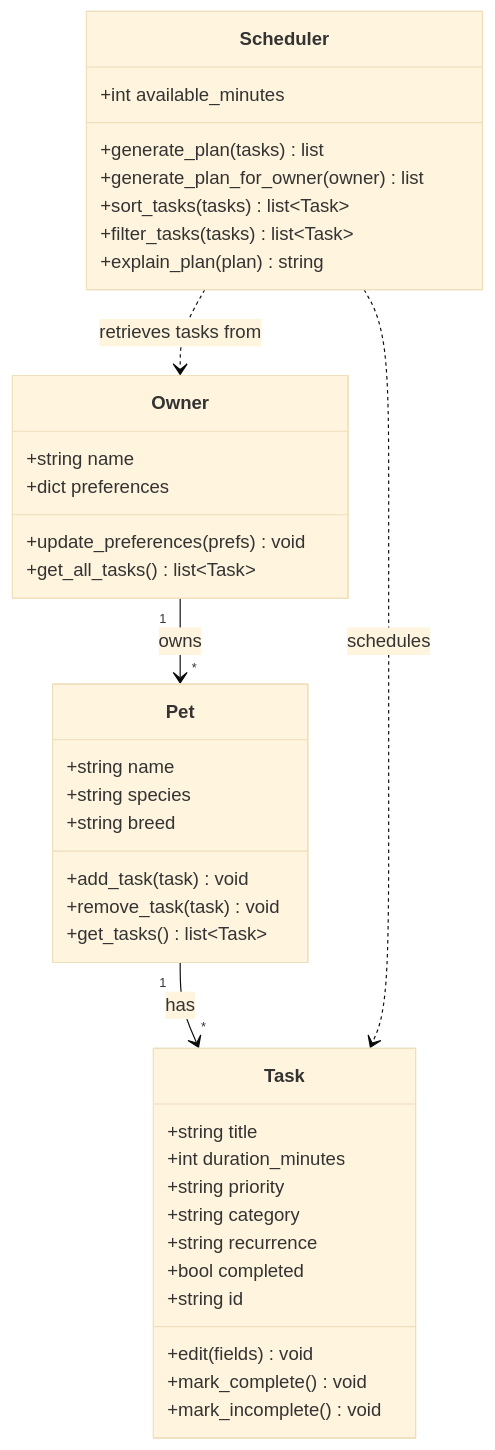
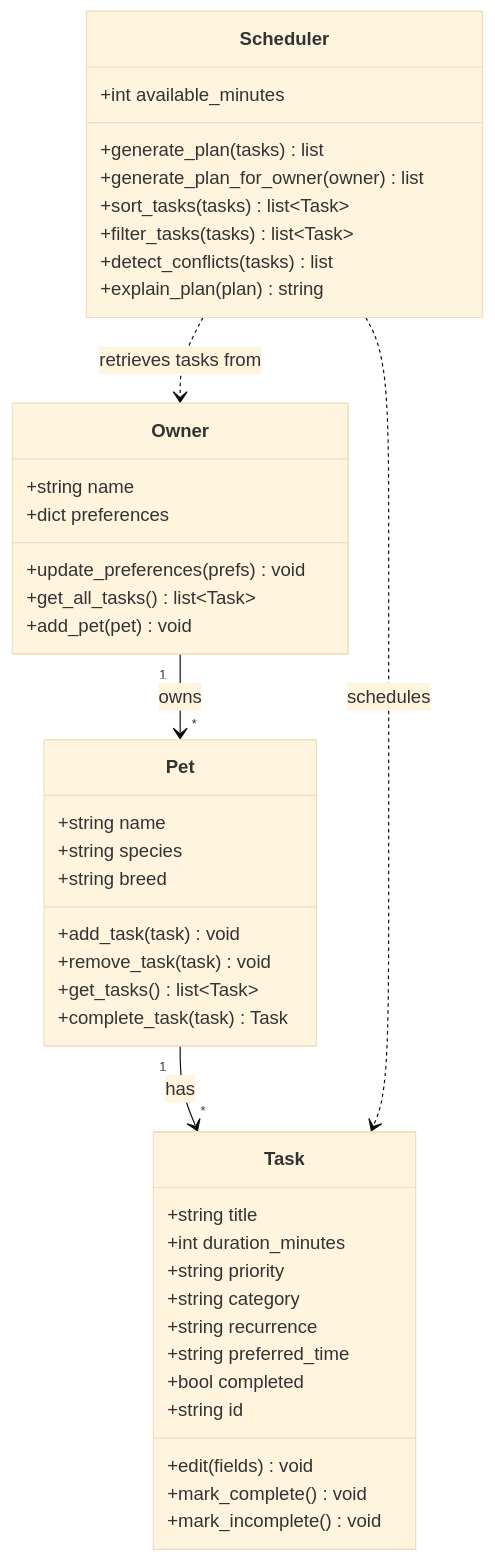
One commit to Nafissah33/AI-PawPal-pet-app changed the diagram in diagrams/uml.mmd. Above: the diagram before and after it, drawn with Mermaid (base theme). The commit also changed 5 other files, not shown here.

```diff
--- a/diagrams/uml.mmd
+++ b/diagrams/uml.mmd
@@ -1,43 +1,47 @@
 classDiagram
     class Owner {
         +string name
         +dict preferences
         +update_preferences(prefs) void
         +get_all_tasks() list~Task~
+        +add_pet(pet) void
     }
 
     class Pet {
         +string name
         +string species
         +string breed
         +add_task(task) void
         +remove_task(task) void
         +get_tasks() list~Task~
+        +complete_task(task) Task
     }
 
     class Task {
         +string title
         +int duration_minutes
         +string priority
         +string category
         +string recurrence
+        +string preferred_time
         +bool completed
         +string id
         +edit(fields) void
         +mark_complete() void
         +mark_incomplete() void
     }
 
     class Scheduler {
         +int available_minutes
         +generate_plan(tasks) list
         +generate_plan_for_owner(owner) list
         +sort_tasks(tasks) list~Task~
         +filter_tasks(tasks) list~Task~
+        +detect_conflicts(tasks) list
         +explain_plan(plan) string
     }
 
     Owner "1" --> "*" Pet : owns
     Pet "1" --> "*" Task : has
     Scheduler ..> Task : schedules
     Scheduler ..> Owner : retrieves tasks from
```
